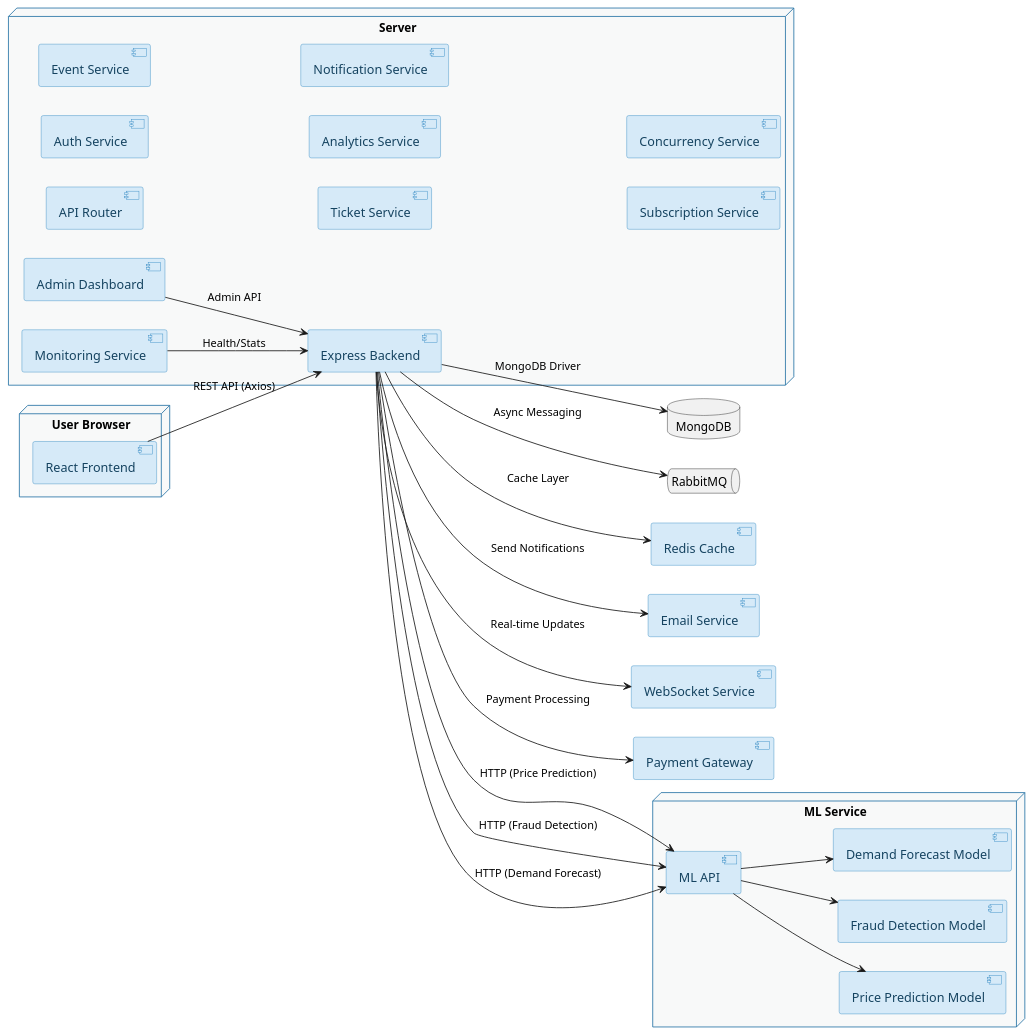
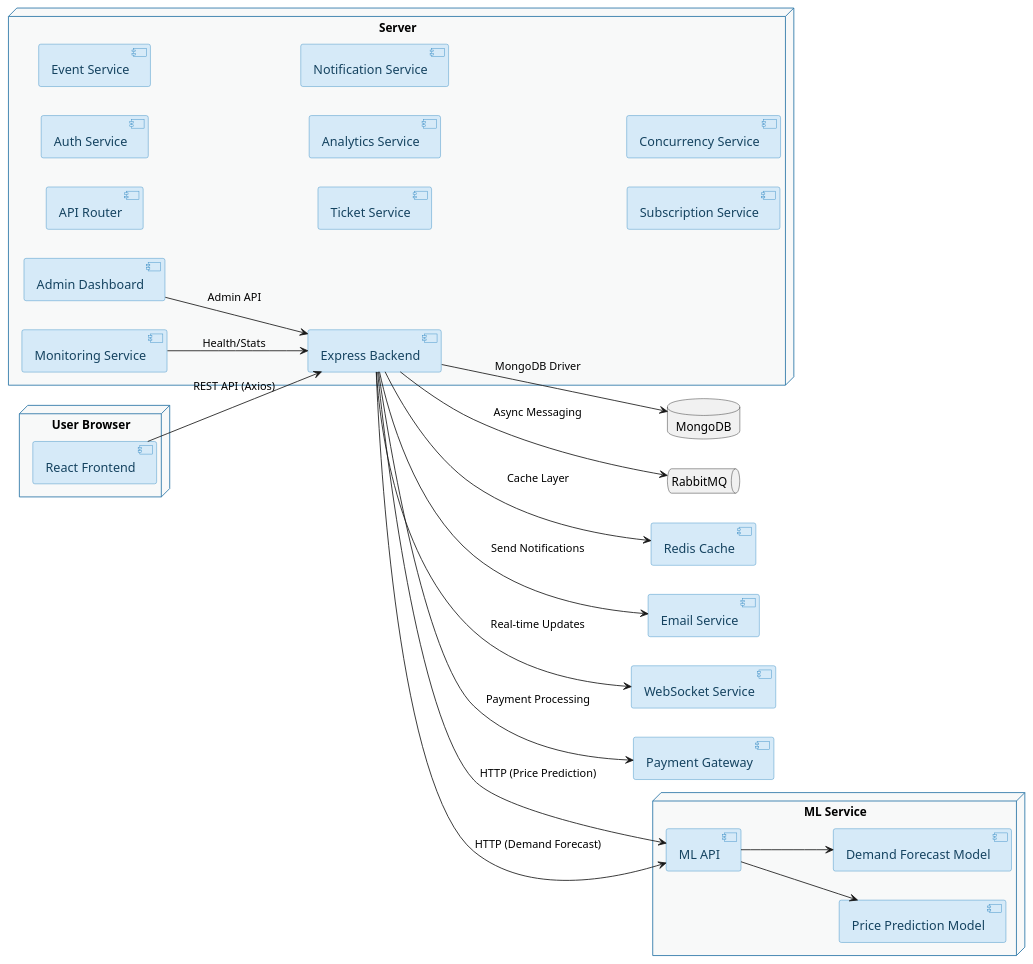
One commit to Souptik-Hazra/Dynamic-ticket-pricing changed the diagram in PlantUML/component_architecture.puml. Above: the diagram before and after it, drawn with PlantUML. The commit also changed 7 other files, not shown here.

```diff
--- a/PlantUML/component_architecture.puml
+++ b/PlantUML/component_architecture.puml
@@ -1,76 +1,63 @@
 @startuml
 left to right direction
 skinparam componentBorderColor #2E86C1
 skinparam componentBackgroundColor #D6EAF8
 skinparam nodeBorderColor #2874A6
 skinparam nodeBackgroundColor #F8F9F9
 skinparam interfaceBackgroundColor #D6EAF8
 skinparam interfaceBorderColor #2E86C1
 skinparam componentFontColor #154360
 skinparam componentFontSize 15
 
-node "User Browser" {
-  [React Frontend]
-}
-
-node "Server" {
-  [Express Backend]
-  [Admin Dashboard]
-  [API Router]
-}
-
 node "ML Service" {
   [ML API]
   [Price Prediction Model]
-  [Fraud Detection Model]
+  [Demand Forecast Model]
 }
 
 database "MongoDB" as DB
 queue "RabbitMQ" as MQ
 component "Redis Cache" as Redis
 
 node "User Browser" {
   [React Frontend]
 }
 node "Server" {
   [Express Backend]
   [Admin Dashboard]
   [API Router]
   [Auth Service]
   [Event Service]
   [Ticket Service]
   [Analytics Service]
   [Notification Service]
   [Subscription Service]
   [Monitoring Service]
   [Concurrency Service]
 }
 node "ML Service" {
   [ML API]
   [Price Prediction Model]
-  [Fraud Detection Model]
   [Demand Forecast Model]
 }
 database "MongoDB" as DB
 queue "RabbitMQ" as MQ
 component "Redis Cache" as Redis
 component "Email Service" as Email
 component "WebSocket Service" as WebSocket
 component "Payment Gateway" as Payment
 [React Frontend] --> [Express Backend] : REST API (Axios)
 [Express Backend] --> DB : MongoDB Driver
 [Express Backend] --> Redis : Cache Layer
 [Express Backend] --> MQ : Async Messaging
 [Express Backend] --> [ML API] : HTTP (Price Prediction)
-[Express Backend] --> [ML API] : HTTP (Fraud Detection)
 [Express Backend] --> [ML API] : HTTP (Demand Forecast)
 [Express Backend] --> Email : Send Notifications
 [Express Backend] --> WebSocket : Real-time Updates
 [Express Backend] --> Payment : Payment Processing
 [Admin Dashboard] --> [Express Backend] : Admin API
 [ML API] --> [Price Prediction Model]
-[ML API] --> [Fraud Detection Model]
 [ML API] --> [Demand Forecast Model]
 [Monitoring Service] --> [Express Backend] : Health/Stats
 
 @enduml
```
